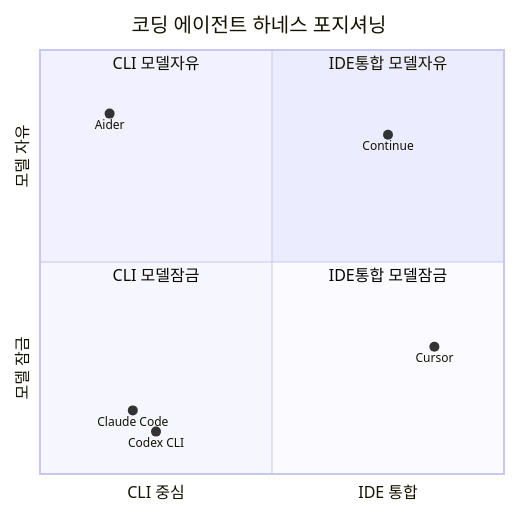
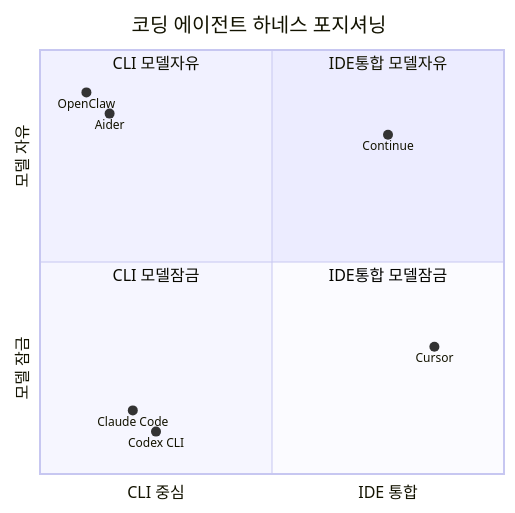
Before and after one commit to opobull/withintrend: the diagram in content/posts/2026-04-30-coding-agent-harness-comparison.md, drawn with Mermaid. The commit also changed other lines of this file and 24 other files, not shown here.

Commit message:
Add OpenClaw to harness comparison + developer column

````diff
--- a/content/posts/2026-04-30-coding-agent-harness-comparison.md
+++ b/content/posts/2026-04-30-coding-agent-harness-comparison.md
@@ -23,15 +24,16 @@
 ```mermaid
 quadrantChart
     title 코딩 에이전트 하네스 포지셔닝
     x-axis CLI 중심 --> IDE 통합
     y-axis 모델 잠금 --> 모델 자유
     quadrant-1 IDE통합 모델자유
     quadrant-2 CLI 모델자유
     quadrant-3 CLI 모델잠금
     quadrant-4 IDE통합 모델잠금
     Aider: [0.15, 0.85]
+    OpenClaw: [0.10, 0.90]
     Continue: [0.75, 0.80]
     Cursor: [0.85, 0.30]
     Claude Code: [0.20, 0.15]
     Codex CLI: [0.25, 0.10]
 ```
````
